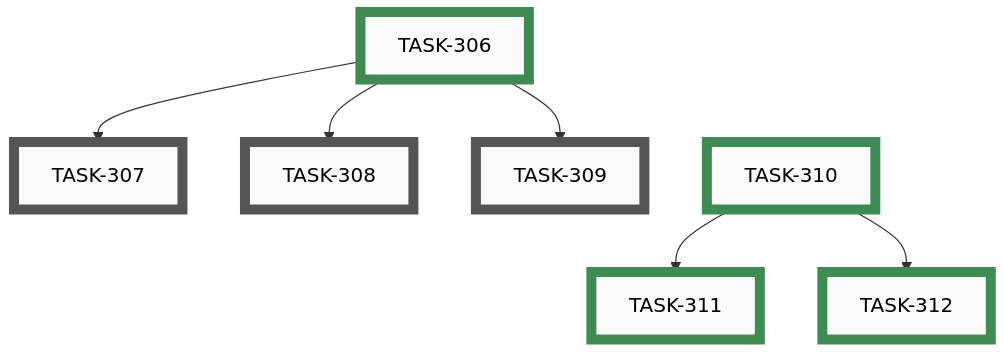
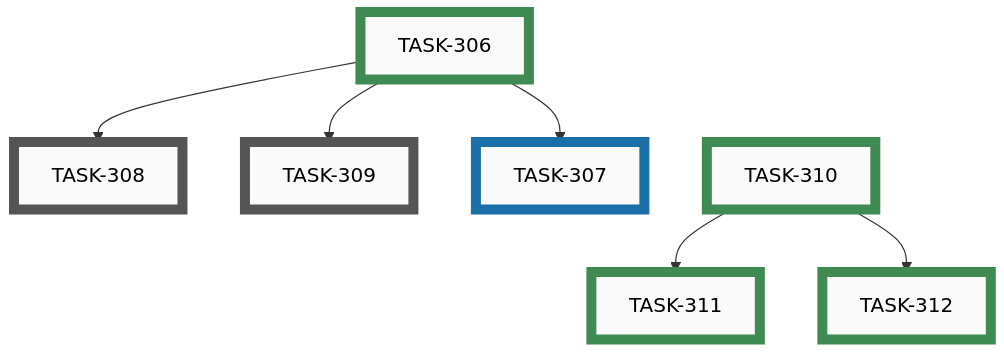
Before and after one commit to tgd1975/AwesomeStudioPedal: the fifth of 6 diagrams in docs/developers/tasks/EPICS.md, drawn with Mermaid. The commit also changed other lines of this file and 7 other files, not shown here.

First line of the commit message:
TASK-307: simulator support for independentActions

````diff
--- a/docs/developers/tasks/EPICS.md
+++ b/docs/developers/tasks/EPICS.md
@@ -161,31 +161,31 @@
 ```mermaid
 graph TD
-    TASK_307["TASK-307"]:::open
     TASK_308["TASK-308"]:::open
     TASK_309["TASK-309"]:::open
+    TASK_307["TASK-307"]:::active
     TASK_306["TASK-306"]:::closed
     TASK_310["TASK-310"]:::closed
     TASK_311["TASK-311"]:::closed
     TASK_312["TASK-312"]:::closed
-    TASK_306 --> TASK_307
     TASK_306 --> TASK_308
     TASK_306 --> TASK_309
+    TASK_306 --> TASK_307
     TASK_310 --> TASK_311
     TASK_310 --> TASK_312
     TASK_306 ~~~ TASK_310
-    click TASK_307 "open/task-307-profile-independent-actions-simulator.md"
     click TASK_308 "open/task-308-profile-independent-actions-config-builder.md"
     click TASK_309 "open/task-309-profile-independent-actions-flutter-app.md"
+    click TASK_307 "active/task-307-profile-independent-actions-simulator.md"
     click TASK_306 "closed/task-306-profile-independent-actions-firmware.md"
     click TASK_310 "closed/task-310-configurable-ble-device-name-firmware.md"
     click TASK_311 "closed/task-311-configurable-ble-device-name-config-builder.md"
     click TASK_312 "closed/task-312-configurable-ble-device-name-flutter-app.md"
     classDef open    fill:#FAFAFA,stroke:#555,stroke-width:8px,color:#000
     classDef active  fill:#FAFAFA,stroke:#1A6FA8,stroke-width:8px,color:#000
     classDef closed  fill:#FAFAFA,stroke:#3F8B53,stroke-width:8px,color:#000
     classDef paused  fill:#FAFAFA,stroke:#B07810,stroke-width:8px,color:#000
     classDef openExt    fill:#000,stroke:#888,stroke-width:8px,color:#FFF
     classDef activeExt  fill:#000,stroke:#3FA9F5,stroke-width:8px,color:#FFF
     classDef closedExt  fill:#000,stroke:#7CC68A,stroke-width:8px,color:#FFF
     classDef pausedExt  fill:#000,stroke:#F0B030,stroke-width:8px,color:#FFF
 ```
````
